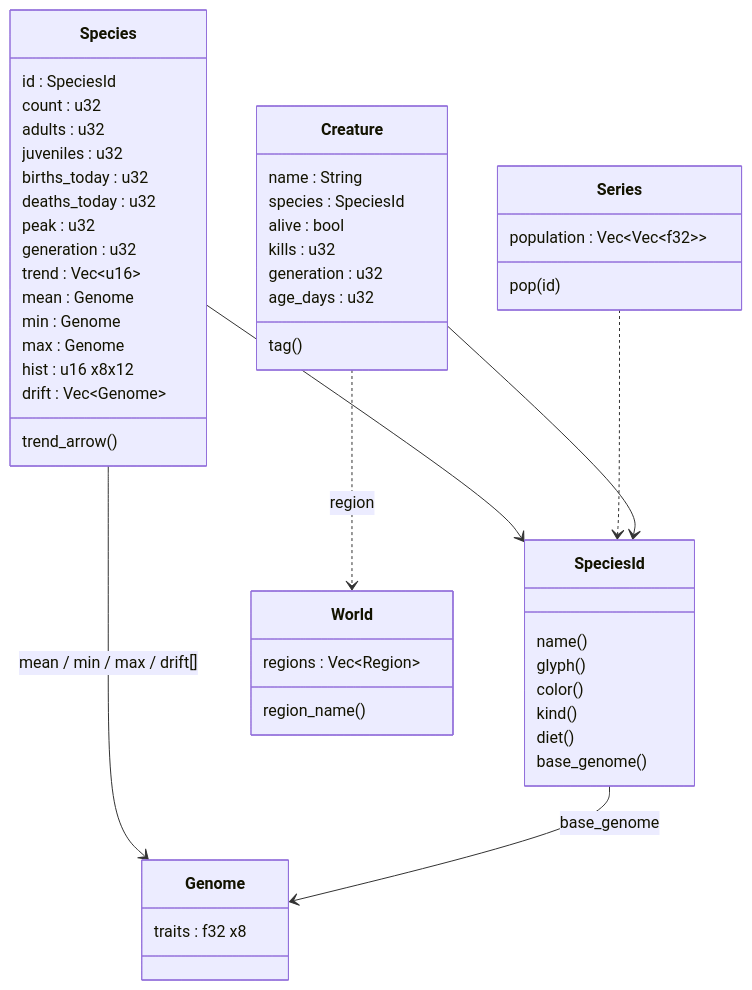
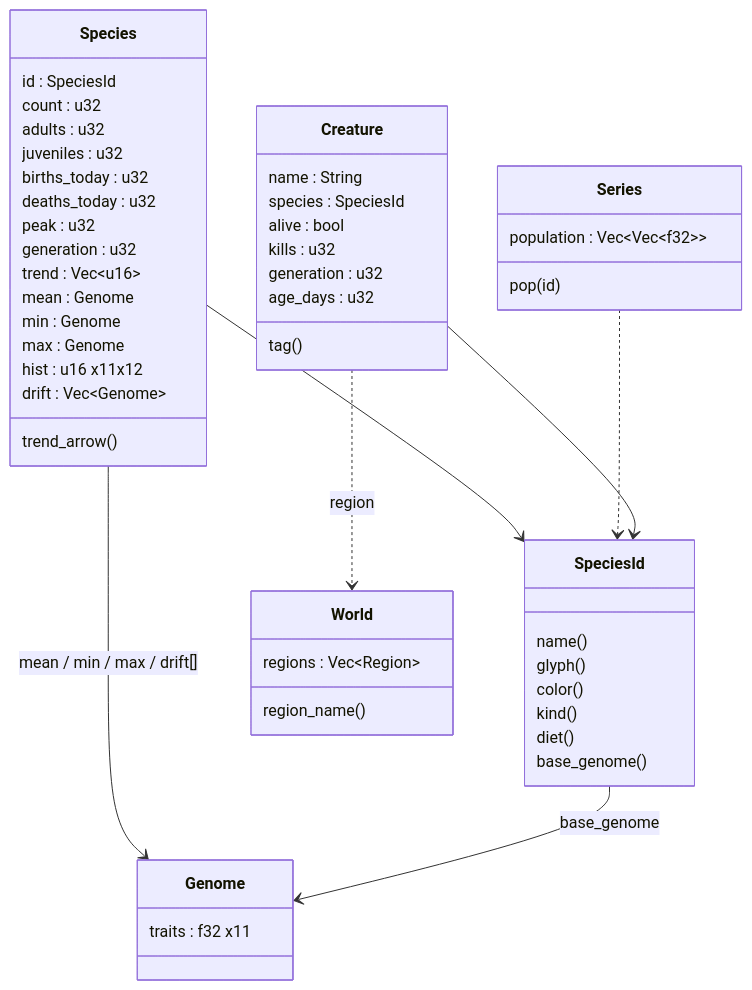
Before and after one commit to sbayer55/sim-fortress: the third of 3 diagrams in docs/screens/s04-species-browser.md, drawn with Mermaid. The commit also changed other lines of this file and 29 other files, not shown here.

````diff
--- a/docs/screens/s04-species-browser.md
+++ b/docs/screens/s04-species-browser.md
@@ -81,54 +81,54 @@
 ```mermaid
 classDiagram
     class Species {
         id : SpeciesId
         count : u32
         adults : u32
         juveniles : u32
         births_today : u32
         deaths_today : u32
         peak : u32
         generation : u32
         trend : Vec~u16~
         mean : Genome
         min : Genome
         max : Genome
-        hist : u16 x8x12
+        hist : u16 x11x12
         drift : Vec~Genome~
         trend_arrow()
     }
     class SpeciesId {
         name()
         glyph()
         color()
         kind()
         diet()
         base_genome()
     }
     class Genome {
-        traits : f32 x8
+        traits : f32 x11
     }
     class Series {
         population : Vec~Vec~f32~~
         pop(id)
     }
     class Creature {
         name : String
         species : SpeciesId
         alive : bool
         kills : u32
         generation : u32
         age_days : u32
         tag()
     }
     class World {
         regions : Vec~Region~
         region_name()
     }
     Species --> SpeciesId
     Species --> Genome : mean / min / max / drift[]
     SpeciesId --> Genome : base_genome
     Series ..> SpeciesId
     Creature --> SpeciesId
     Creature ..> World : region
 ```
````
